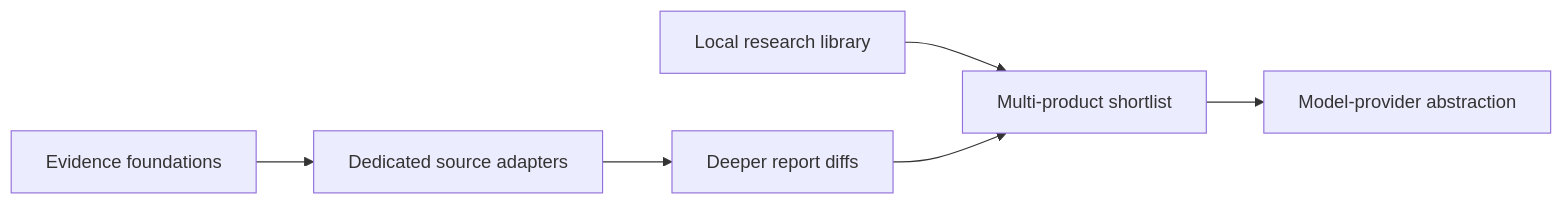
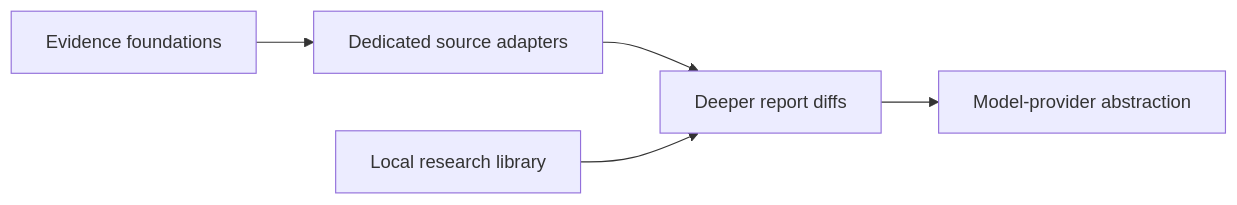
The fifth of 5 diagrams in README.md (wp043/fitlens), drawn with Mermaid before and after one commit. The commit also changed other lines of this file and 12 other files, not shown here.

Commit message:
feat(compare): support multi-product shortlists

````diff
--- a/README.md
+++ b/README.md
@@ -377,8 +377,7 @@
 ```mermaid
 flowchart LR
     E[Evidence foundations] --> A[Dedicated source adapters]
     A --> D[Deeper report diffs]
-    L[Local research library] --> N[Multi-product shortlist]
-    D --> N
-    N --> P[Model-provider abstraction]
+    L[Local research library] --> D
+    D --> P[Model-provider abstraction]
 ```
````
